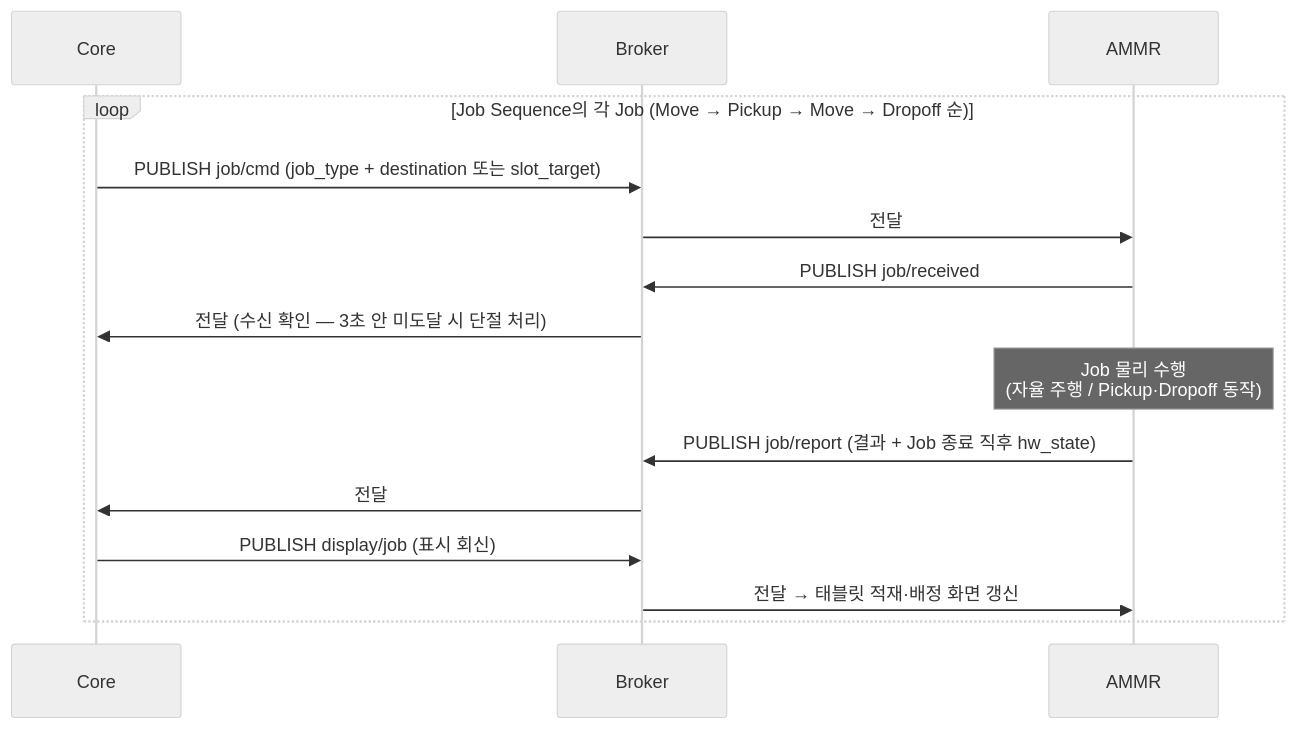
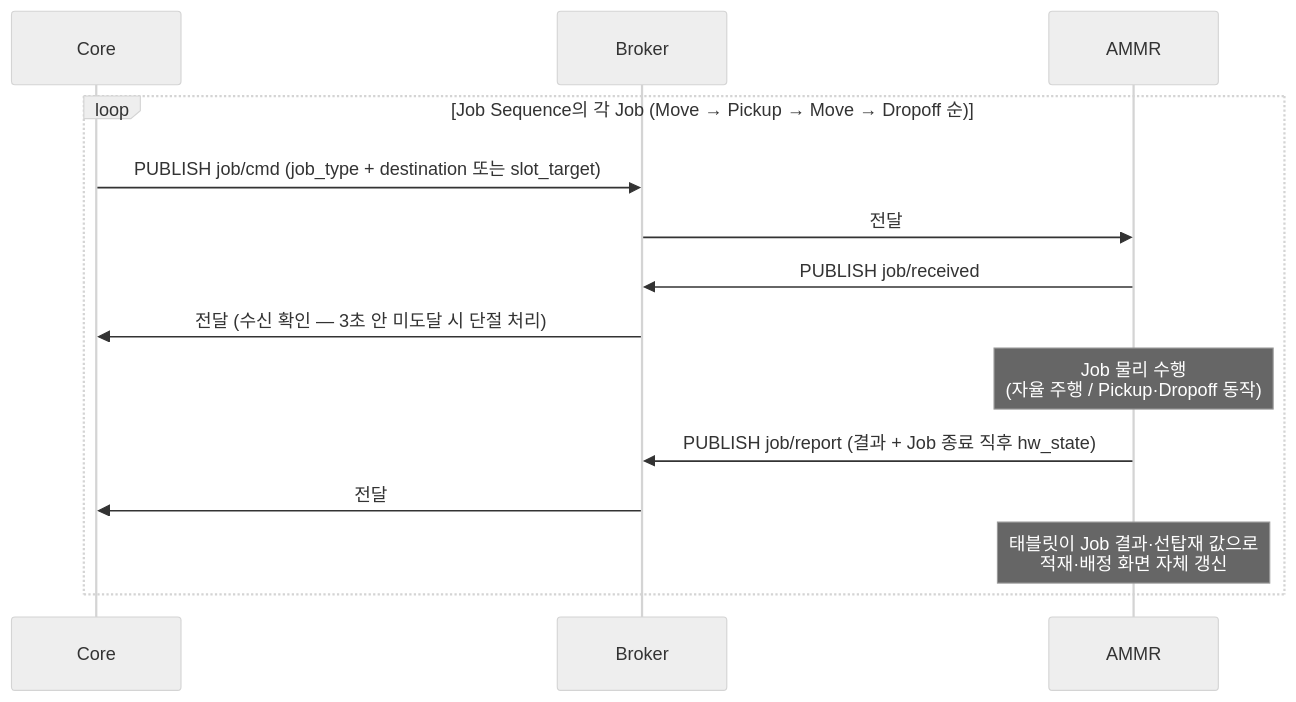
Before and after one commit to kimminsu0315/Core-Docs: the seventh of 13 diagrams in docs/out/Core_ICD_AMMR.md, drawn with Mermaid (neutral theme). The commit also changed other lines of this file and 8 other files, not shown here.

````diff
--- a/docs/out/Core_ICD_AMMR.md
+++ b/docs/out/Core_ICD_AMMR.md
@@ -1037,18 +911,17 @@
 ```mermaid
 sequenceDiagram
     participant C as Core
     participant B as Broker
     participant A as AMMR
 
     loop Job Sequence의 각 Job (Move → Pickup → Move → Dropoff 순)
         C->>B: PUBLISH job/cmd (job_type + destination 또는 slot_target)
         B->>A: 전달
         A->>B: PUBLISH job/received
         B->>C: 전달 (수신 확인 — 3초 안 미도달 시 단절 처리)
         Note over A: Job 물리 수행<br/>(자율 주행 / Pickup·Dropoff 동작)
         A->>B: PUBLISH job/report (결과 + Job 종료 직후 hw_state)
         B->>C: 전달
-        C->>B: PUBLISH display/job (표시 회신)
-        B->>A: 전달 → 태블릿 적재·배정 화면 갱신
+        Note over A: 태블릿이 Job 결과·선탑재 값으로<br/>적재·배정 화면 자체 갱신
     end
 ```
````
